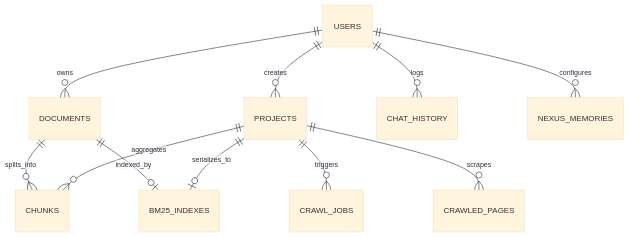
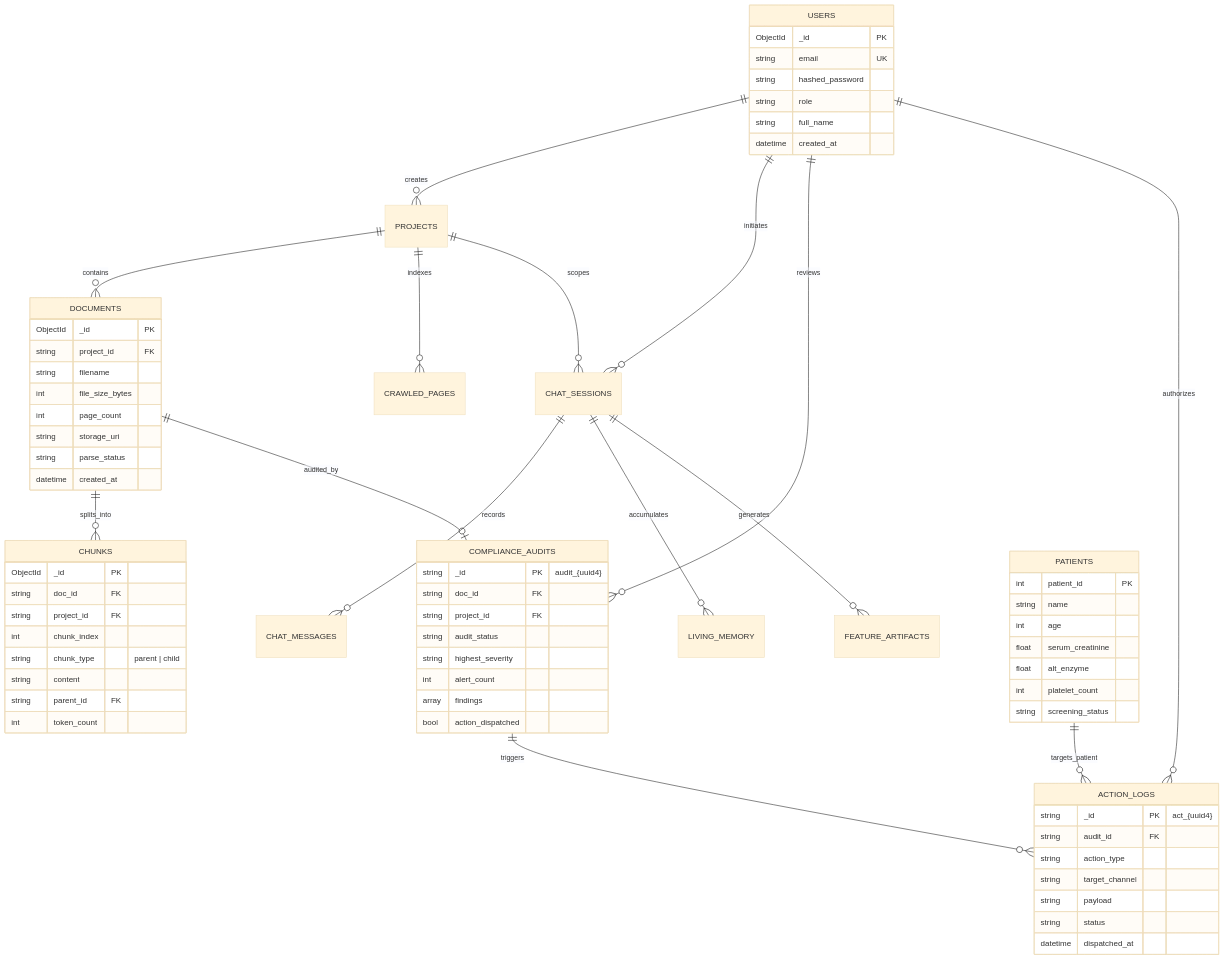
Before and after one commit to tejakarthik657/chat_doc: the diagram in docs/04_DATABASE_SCHEMAS_AND_DATA_DICTIONARY.md, drawn with Mermaid (base theme). The commit also changed other lines of this file and 78 other files, not shown here.

Commit message:
feat(architecture): implement multi-tenant hospital identity and patient resolution architecture with HL7 FHIR v4, SMART OAuth, and MPI

````diff
--- a/docs/04_DATABASE_SCHEMAS_AND_DATA_DICTIONARY.md
+++ b/docs/04_DATABASE_SCHEMAS_AND_DATA_DICTIONARY.md
@@ -7,13 +23,83 @@
 ```mermaid
 erDiagram
-    USERS ||--o{ DOCUMENTS : owns
     USERS ||--o{ PROJECTS : creates
-    USERS ||--o{ CHAT_HISTORY : logs
-    USERS ||--o{ NEXUS_MEMORIES : configures
+    USERS ||--o{ CHAT_SESSIONS : initiates
+    USERS ||--o{ COMPLIANCE_AUDITS : reviews
+    USERS ||--o{ ACTION_LOGS : authorizes
+
+    PROJECTS ||--o{ DOCUMENTS : contains
+    PROJECTS ||--o{ CRAWLED_PAGES : indexes
+    PROJECTS ||--o{ CHAT_SESSIONS : scopes
+
     DOCUMENTS ||--o{ CHUNKS : splits_into
-    DOCUMENTS ||--o| BM25_INDEXES : indexed_by
-    PROJECTS ||--o{ CRAWL_JOBS : triggers
-    PROJECTS ||--o{ CRAWLED_PAGES : scrapes
-    PROJECTS ||--o{ CHUNKS : aggregates
-    PROJECTS ||--o| BM25_INDEXES : serializes_to
+    DOCUMENTS ||--o| COMPLIANCE_AUDITS : audited_by
+
+    CHAT_SESSIONS ||--o{ CHAT_MESSAGES : records
+    CHAT_SESSIONS ||--o{ LIVING_MEMORY : accumulates
+    CHAT_SESSIONS ||--o{ FEATURE_ARTIFACTS : generates
+
+    COMPLIANCE_AUDITS ||--o{ ACTION_LOGS : triggers
+    PATIENTS ||--o{ ACTION_LOGS : targets_patient
+
+    USERS {
+        ObjectId _id PK
+        string email UK
+        string hashed_password
+        string role
+        string full_name
+        datetime created_at
+    }
+
+    DOCUMENTS {
+        ObjectId _id PK
+        string project_id FK
+        string filename
+        int file_size_bytes
+        int page_count
+        string storage_uri
+        string parse_status
+        datetime created_at
+    }
+
+    CHUNKS {
+        ObjectId _id PK
+        string doc_id FK
+        string project_id FK
+        int chunk_index
+        string chunk_type "parent | child"
+        string content
+        string parent_id FK
+        int token_count
+    }
+
+    COMPLIANCE_AUDITS {
+        string _id PK "audit_{uuid4}"
+        string doc_id FK
+        string project_id FK
+        string audit_status
+        string highest_severity
+        int alert_count
+        array findings
+        bool action_dispatched
+    }
+
+    PATIENTS {
+        int patient_id PK
+        string name
+        int age
+        float serum_creatinine
+        float alt_enzyme
+        int platelet_count
+        string screening_status
+    }
+
+    ACTION_LOGS {
+        string _id PK "act_{uuid4}"
+        string audit_id FK
+        string action_type
+        string target_channel
+        string payload
+        string status
+        datetime dispatched_at
+    }
 ```
````
